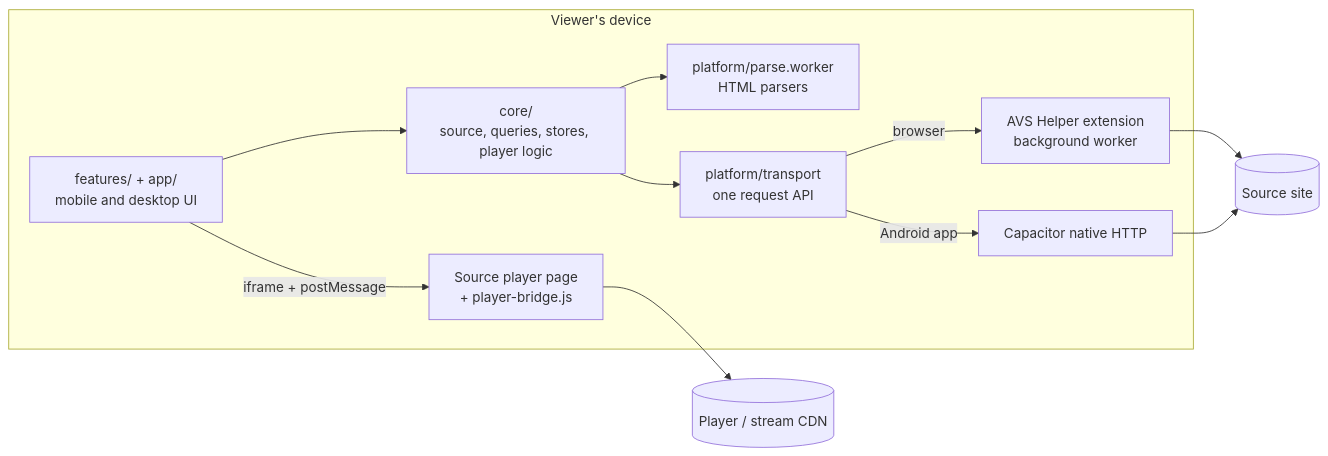
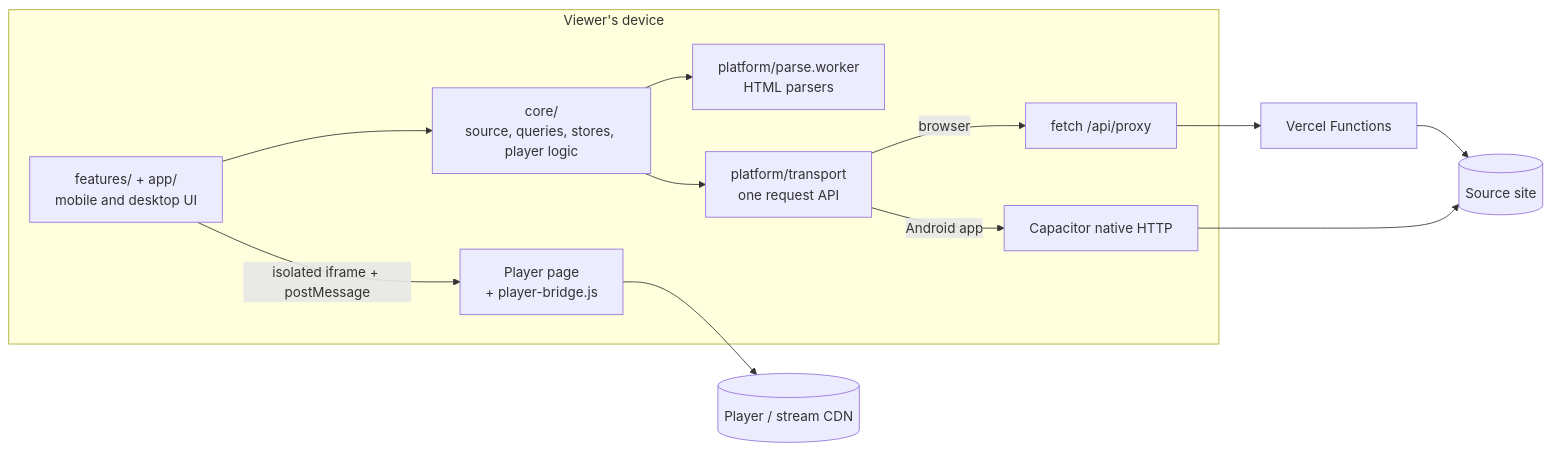
One commit to CodeForFee/anime-cinema-vite changed the diagram in README.md. Above: the diagram before and after it, drawn with Mermaid. The commit also changed other lines of this file and 31 other files, not shown here.

First line of the commit message:
feat: add Vercel gateway and isolated player

````diff
--- a/README.md
+++ b/README.md
@@ -92,17 +95,17 @@
 ```mermaid
 flowchart LR
   subgraph Viewer["Viewer's device"]
     UI["features/ + app/<br/>mobile and desktop UI"]
     CORE["core/<br/>source, queries, stores, player logic"]
     W["platform/parse.worker<br/>HTML parsers"]
     TR["platform/transport<br/>one request API"]
     UI --> CORE --> TR
     CORE --> W
-    TR -- "browser" --> EXT["AVS Helper extension<br/>background worker"]
+    TR -- "browser" --> WEB["fetch /api/proxy"]
     TR -- "Android app" --> NAT["Capacitor native HTTP"]
-    UI -- "iframe + postMessage" --> PL["Source player page<br/>+ player-bridge.js"]
+    UI -- "isolated iframe + postMessage" --> PL["Player page<br/>+ player-bridge.js"]
   end
-  EXT --> SRC[("Source site")]
+  WEB --> API["Vercel Functions"] --> SRC[("Source site")]
   NAT --> SRC
   PL --> CDN[("Player / stream CDN")]
 ```
````
